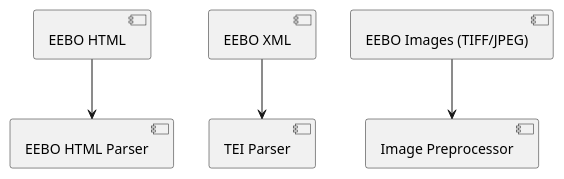
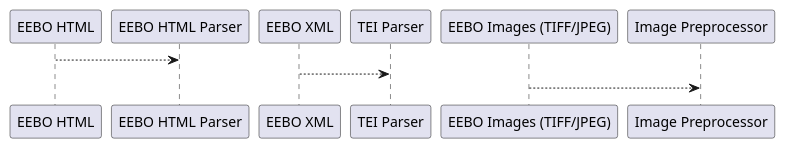
Before and after one commit to leegee/mutatis-mutandis: the diagram in docs/uml/connections/ingestion.puml, drawn with PlantUML. The commit also changed 12 other files, not shown here.

```diff
--- a/docs/uml/connections/ingestion.puml
+++ b/docs/uml/connections/ingestion.puml
@@ -1,5 +1,4 @@
 
-' Input → Ingestion Layer
-[EEBO HTML] --> [EEBO HTML Parser]
-[EEBO XML] --> [TEI Parser]
-[EEBO Images (TIFF/JPEG)] --> [Image Preprocessor]
+"EEBO HTML" --> "EEBO HTML Parser"
+"EEBO XML" --> "TEI Parser"
+"EEBO Images (TIFF/JPEG)" --> "Image Preprocessor"
```
